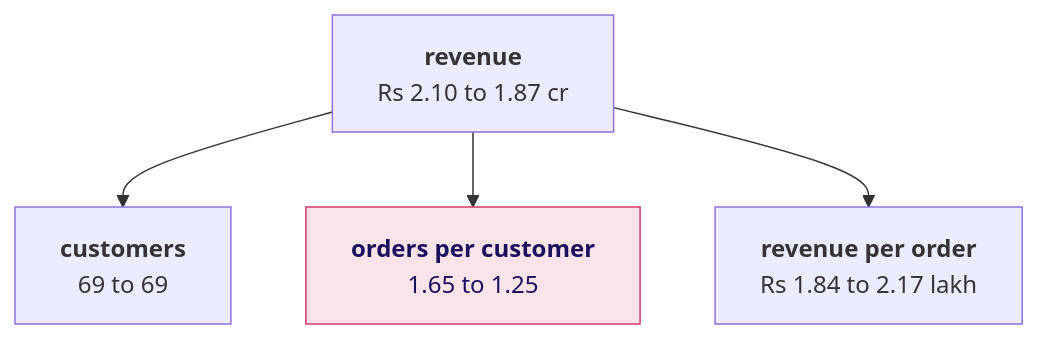
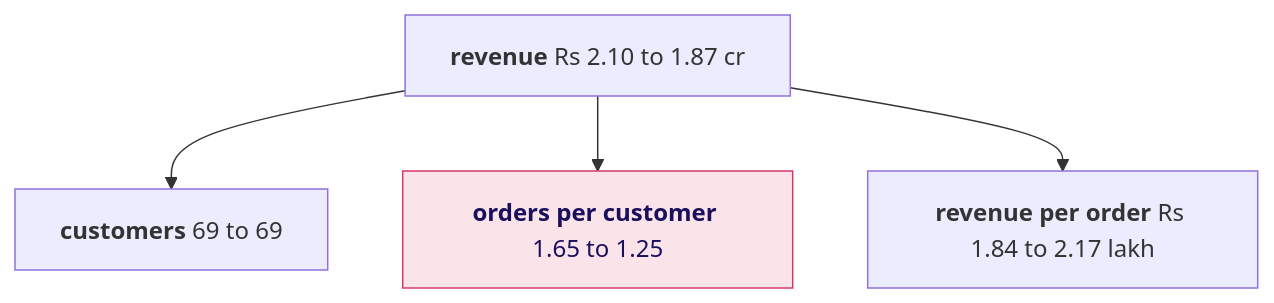
One commit to fde-academy-lab/c2-content-factory changed the diagram in content/W01/D2/cheatsheets/C2_W01_D02_investigation_ladder_STUDENT.md. Above: the diagram before and after it, drawn with Mermaid. The commit also changed other lines of this file and 32 other files, not shown here.

````diff
--- a/content/W01/D2/cheatsheets/C2_W01_D02_investigation_ladder_STUDENT.md
+++ b/content/W01/D2/cheatsheets/C2_W01_D02_investigation_ladder_STUDENT.md
@@ -9,8 +9,8 @@
 ```mermaid
 flowchart TB
-    V["<b>revenue</b><br/>Rs 2.10 to 1.87 cr"] --> C["<b>customers</b><br/>69 to 69"]
-    V --> F["<b>orders per customer</b><br/>1.65 to 1.25"]
-    V --> O["<b>revenue per order</b><br/>Rs 1.84 to 2.17 lakh"]
+    V["<b>revenue</b> Rs 2.10 to 1.87 cr"] --> C["<b>customers</b> 69 to 69"]
+    V --> F["<b>orders per customer</b> 1.65 to 1.25"]
+    V --> O["<b>revenue per order</b> Rs 1.84 to 2.17 lakh"]
     classDef moved fill:#FBE3EA,stroke:#D63A6A,color:#1A0F5C
     class F moved
 ```
````
